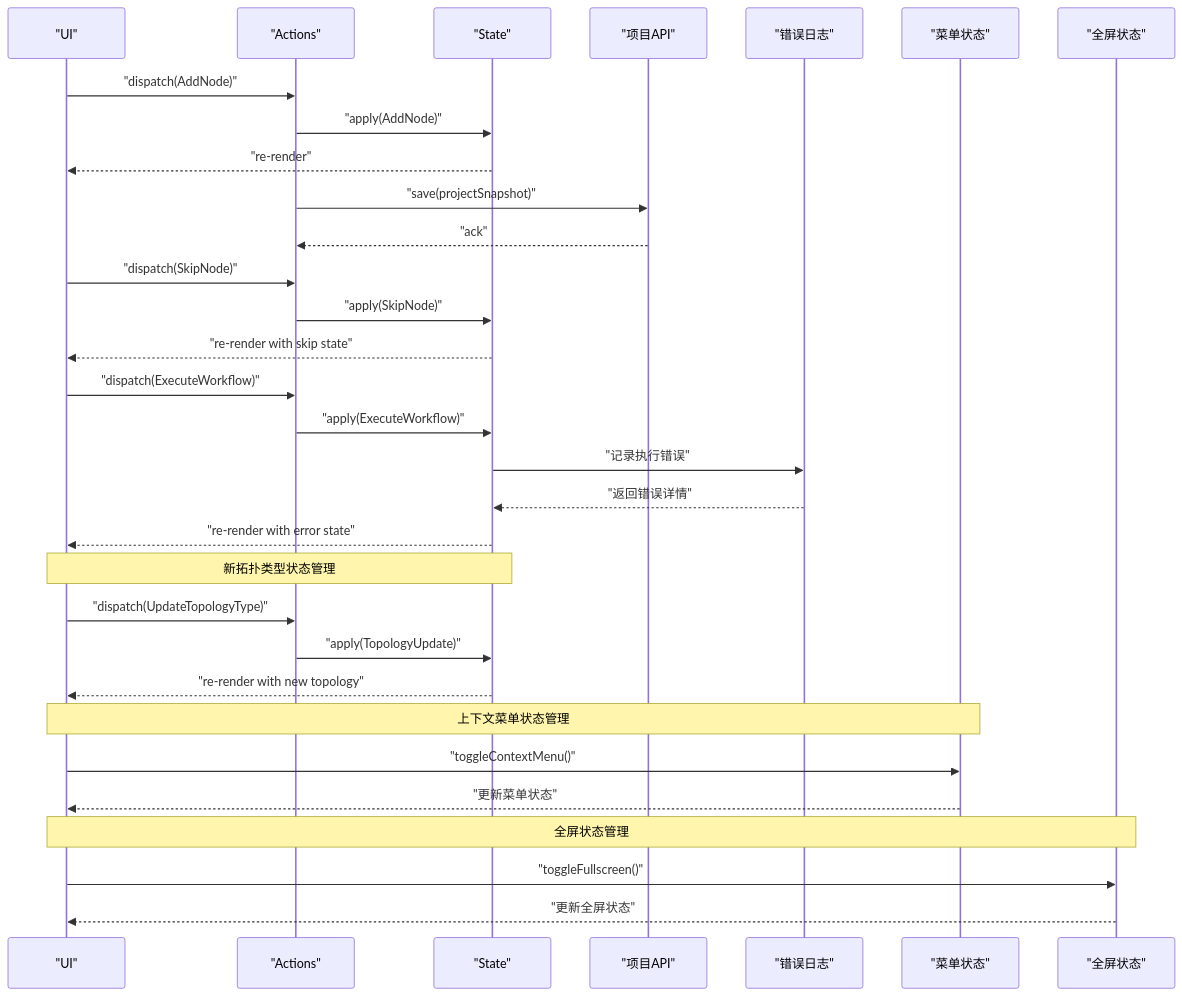
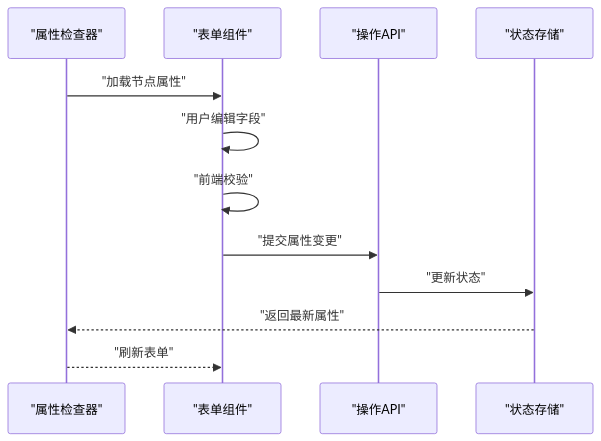
The seventh of 11 diagrams in .qoder/repowiki/zh/content/画布编辑器/画布编辑器.md (scottcwy/PurpleInk), drawn with Mermaid before and after one commit. The commit also changed other lines of this file and 872 other files, not shown here.

````diff
--- a/.qoder/repowiki/zh/content/画布编辑器/画布编辑器.md
+++ b/.qoder/repowiki/zh/content/画布编辑器/画布编辑器.md
@@ -638,33 +376,14 @@
 ```mermaid
 sequenceDiagram
-participant UI as "UI"
-participant Actions as "Actions"
-participant State as "State"
-participant API as "项目API"
-participant ErrorLog as "错误日志"
-participant MenuState as "菜单状态"
-participant FullscreenState as "全屏状态"
-UI->>Actions : "dispatch(AddNode)"
-Actions->>State : "apply(AddNode)"
-State-->>UI : "re-render"
-Actions->>API : "save(projectSnapshot)"
-API-->>Actions : "ack"
-UI->>Actions : "dispatch(SkipNode)"
-Actions->>State : "apply(SkipNode)"
-State-->>UI : "re-render with skip state"
-UI->>Actions : "dispatch(ExecuteWorkflow)"
-Actions->>State : "apply(ExecuteWorkflow)"
-State->>ErrorLog : "记录执行错误"
-ErrorLog-->>State : "返回错误详情"
-State-->>UI : "re-render with error state"
-Note over UI,State : 新拓扑类型状态管理
-UI->>Actions : "dispatch(UpdateTopologyType)"
-Actions->>State : "apply(TopologyUpdate)"
-State-->>UI : "re-render with new topology"
-Note over UI,MenuState : 上下文菜单状态管理
-UI->>MenuState : "toggleContextMenu()"
-MenuState-->>UI : "更新菜单状态"
-Note over UI,FullscreenState : 全屏状态管理
-UI->>FullscreenState : "toggleFullscreen()"
-FullscreenState-->>UI : "更新全屏状态"
+participant Inspector as "属性检查器"
+participant Form as "表单组件"
+participant Actions as "操作API"
+participant Store as "状态存储"
+Inspector->>Form : "加载节点属性"
+Form->>Form : "用户编辑字段"
+Form->>Form : "前端校验"
+Form->>Actions : "提交属性变更"
+Actions->>Store : "更新状态"
+Store-->>Inspector : "返回最新属性"
+Inspector-->>Form : "刷新表单"
 ```
````
